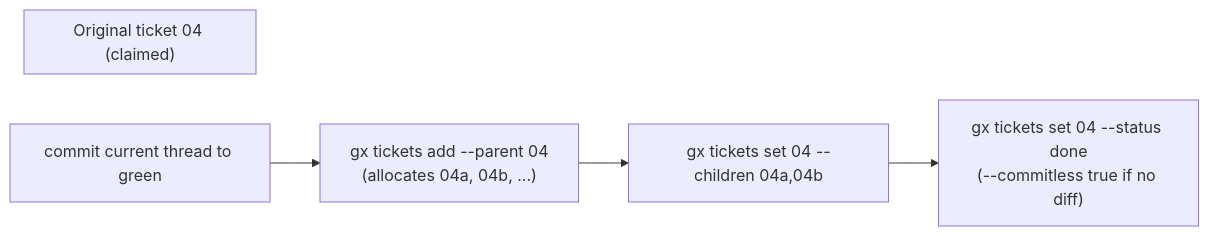
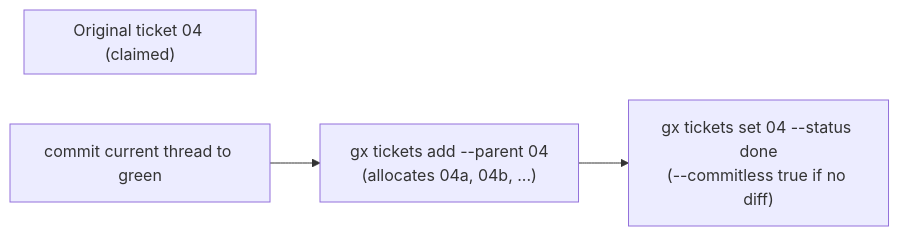
Before and after one commit to elentok/gx: the fourth of 7 diagrams in docs/ralph-loop-queue-orchestrator.md, drawn with Mermaid. The commit also changed other lines of this file and 6 other files, not shown here.

````diff
--- a/docs/ralph-loop-queue-orchestrator.md
+++ b/docs/ralph-loop-queue-orchestrator.md
@@ -163,8 +163,7 @@
 ```mermaid
 flowchart LR
     subgraph "Original ticket 04 (claimed)"
     end
     A[commit current thread to green] --> B["gx tickets add --parent 04\n(allocates 04a, 04b, ...)"]
-    B --> C["gx tickets set 04 --children 04a,04b"]
-    C --> D["gx tickets set 04 --status done\n(--commitless true if no diff)"]
+    B --> C["gx tickets set 04 --status done\n(--commitless true if no diff)"]
 ```
````
